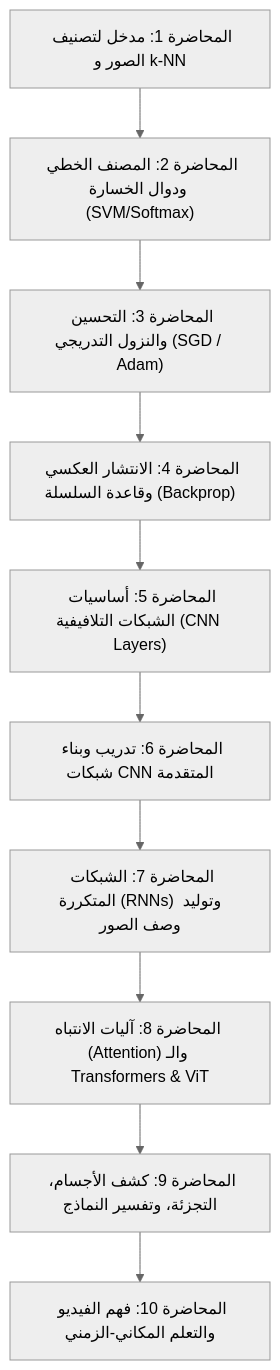
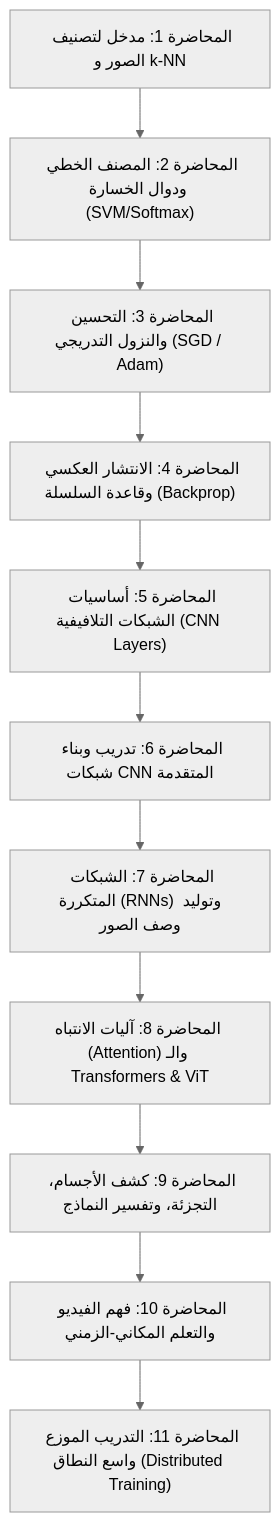
The diagram in README.md (mohamad-hadi-said/Deep-Learning-for-Computer-Vision), drawn with Mermaid (neutral theme) before and after one commit. The commit also changed other lines of this file and 3 other files, not shown here.

````diff
--- a/README.md
+++ b/README.md
@@ -49,12 +51,13 @@
 ```mermaid
 flowchart TD
     A["المحاضرة 1: مدخل لتصنيف الصور و k-NN"] --> B["المحاضرة 2: المصنف الخطي ودوال الخسارة (SVM/Softmax)"]
     B --> C["المحاضرة 3: التحسين والنزول التدريجي (SGD / Adam)"]
     C --> D["المحاضرة 4: الانتشار العكسي وقاعدة السلسلة (Backprop)"]
     D --> E["المحاضرة 5: أساسيات الشبكات التلافيفية (CNN Layers)"]
     E --> F["المحاضرة 6: تدريب وبناء شبكات CNN المتقدمة"]
     F --> G["المحاضرة 7: الشبكات المتكررة (RNNs) وتوليد وصف الصور"]
     G --> H["المحاضرة 8: آليات الانتباه (Attention) والـ Transformers & ViT"]
     H --> I["المحاضرة 9: كشف الأجسام، التجزئة، وتفسير النماذج"]
     I --> J["المحاضرة 10: فهم الفيديو والتعلم المكاني-الزمني"]
+    J --> K["المحاضرة 11: التدريب الموزع واسع النطاق (Distributed Training)"]
 ```
````
